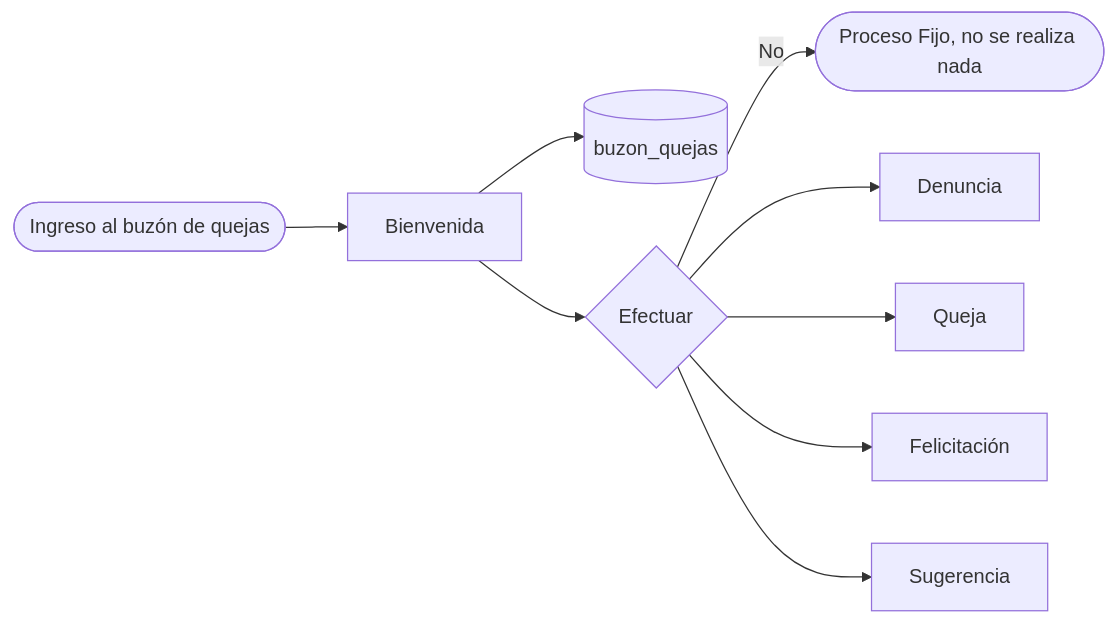
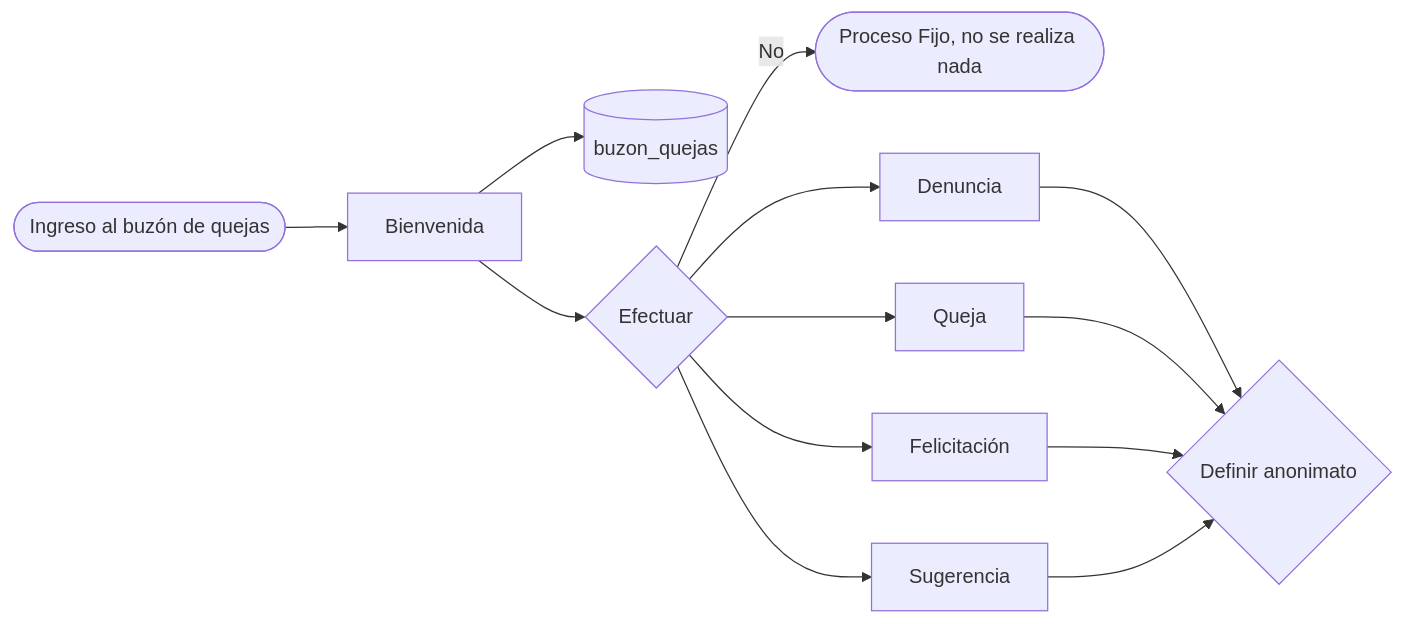
The diagram in README.md (untalmike/mailbox), drawn with Mermaid before and after one commit.

Commit message:
Pruebas con el README

````diff
--- a/README.md
+++ b/README.md
@@ -40,20 +40,26 @@
     ```mermaid
         graph LR;
             buzonQuejas[(buzon_quejas)]
             inicio([Ingreso al buzón de quejas])
             bienvenida[Bienvenida]
             efectuar{Efectuar}
             procesoFijo([Proceso Fijo, no se realiza nada])
             denuncia[Denuncia]
             queja[Queja]
             sugerencia[Sugerencia]
             felicitacion[Felicitación]
+            anonimato{Definir anonimato}
+
             inicio-->bienvenida;
             bienvenida-->buzonQuejas;
             bienvenida-->efectuar;
             efectuar-->|No|procesoFijo;
             efectuar-->denuncia;
             efectuar-->queja;
             efectuar-->felicitacion;
             efectuar-->sugerencia;
+            denuncia-->anonimato;
+            queja-->anonimato;
+            felicitacion-->anonimato;
+            sugerencia-->anonimato;
     ```
````
